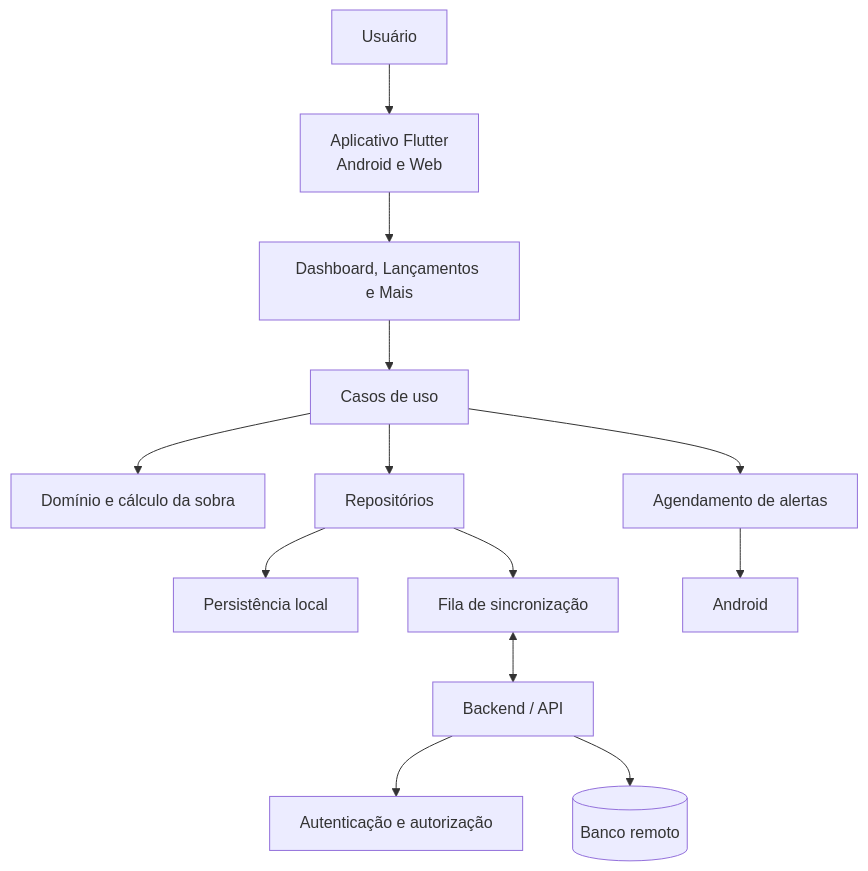
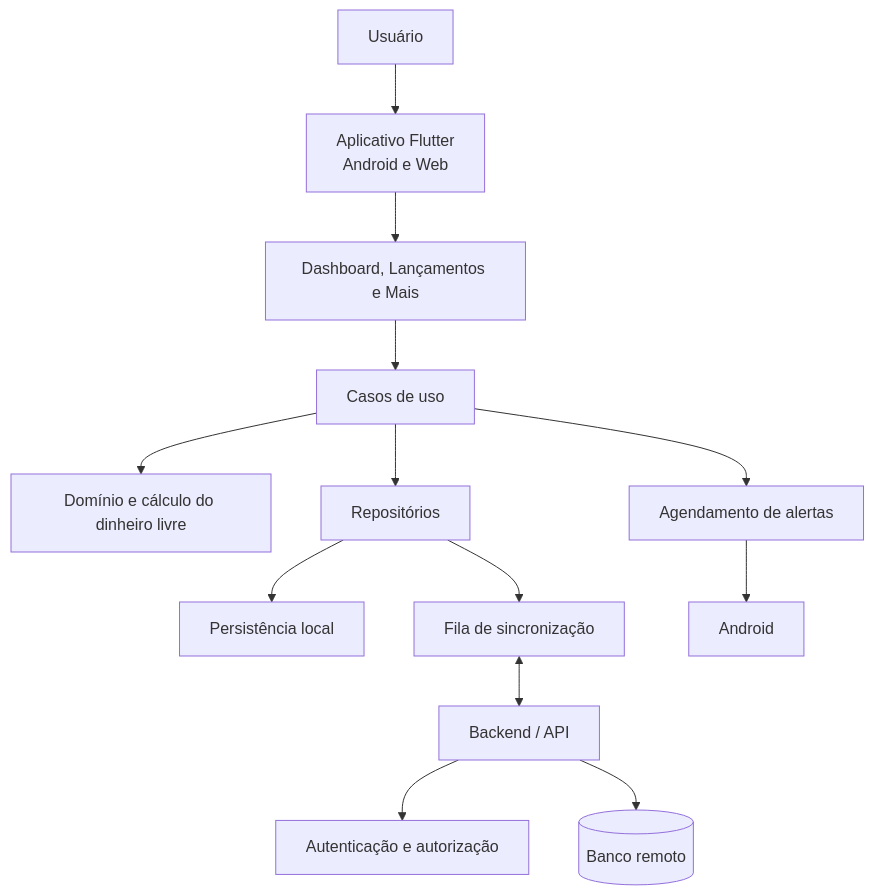
The diagram in docs/arquitetura.md (rafaell0407/Porquinho), drawn with Mermaid before and after one commit. The commit also changed other lines of this file and 50 other files, not shown here.

Commit message:
feat: fase 7 (dinheiro livre, período, relatórios, Dashboard com composição, tema); entrega 67 adiada

````diff
--- a/docs/arquitetura.md
+++ b/docs/arquitetura.md
@@ -75,15 +75,15 @@
 ```mermaid
 flowchart TD
     U[Usuário] --> APP[Aplicativo Flutter<br/>Android e Web]
     APP --> UI[Dashboard, Lançamentos e Mais]
     UI --> UC[Casos de uso]
-    UC --> DOM[Domínio e cálculo da sobra]
+    UC --> DOM[Domínio e cálculo do dinheiro livre]
     UC --> REP[Repositórios]
     REP --> LOCAL[Persistência local]
     REP --> QUEUE[Fila de sincronização]
     QUEUE <--> API[Backend / API]
     API --> AUTH[Autenticação e autorização]
     API --> DB[(Banco remoto)]
     UC --> NOTIF[Agendamento de alertas]
     NOTIF --> MOBILE[Android]
 ```
````
